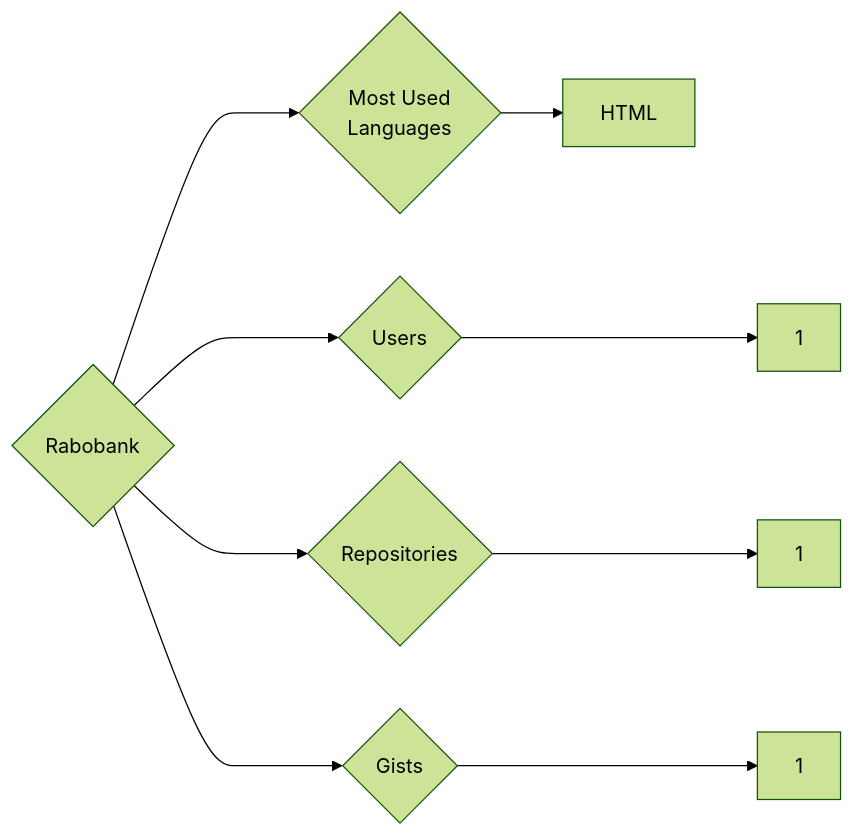
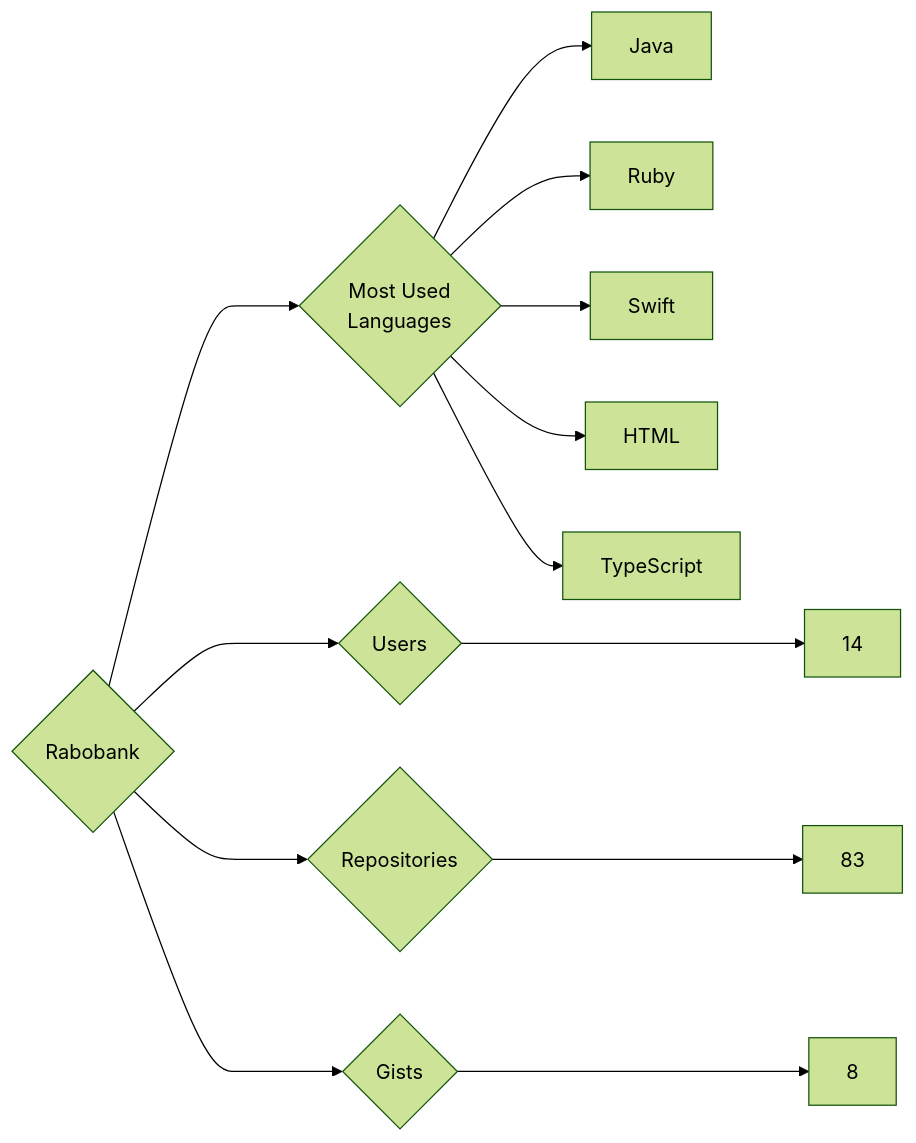
Before and after one commit to trickest/insiders: the diagram in targets/Rabobank/README.md, drawn with Mermaid (forest theme). The commit also changed 964 other files, not shown here.

````diff
--- a/targets/Rabobank/README.md
+++ b/targets/Rabobank/README.md
@@ -3,9 +3,13 @@
 ```mermaid
 graph LR
 COMPANY_NAME{Rabobank}
-COMPANY_NAME ---> U{Users} ---> UN[1]
-COMPANY_NAME ---> R{Repositories} ---> RN[1]
-COMPANY_NAME ---> G{Gists} ---> GN[1]
+COMPANY_NAME ---> U{Users} ---> UN[14]
+COMPANY_NAME ---> R{Repositories} ---> RN[83]
+COMPANY_NAME ---> G{Gists} ---> GN[8]
 COMPANY_NAME ---> ML{Most Used<br>Languages}
+ML --> Java[Java]
+ML --> Ruby[Ruby]
+ML --> Swift[Swift]
 ML --> HTML[HTML]
+ML --> TypeScript[TypeScript]
 ```
````
